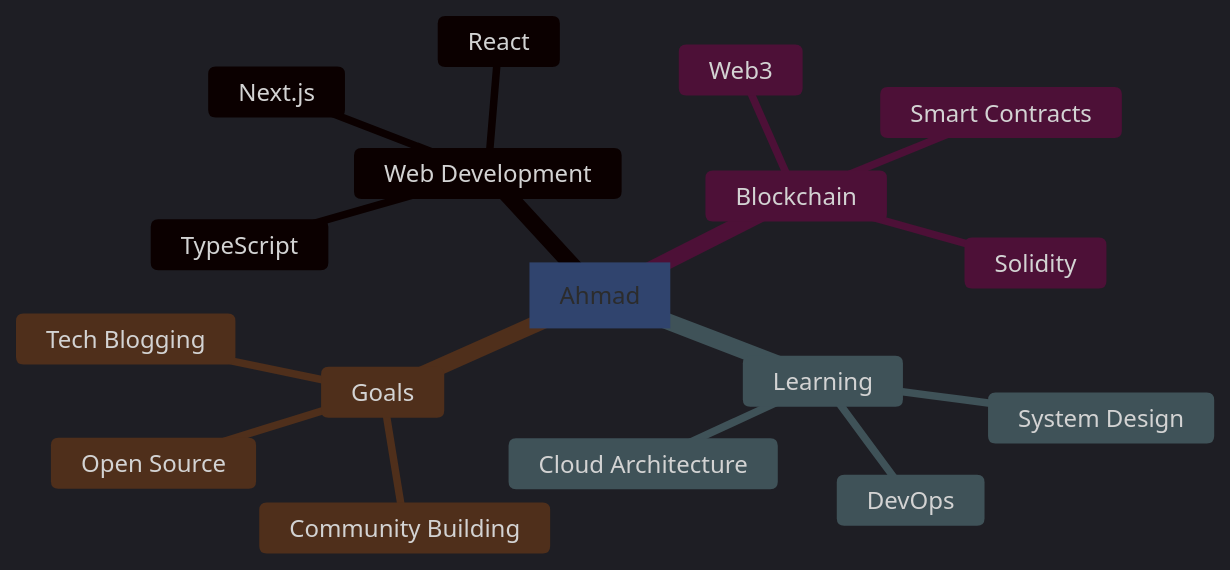
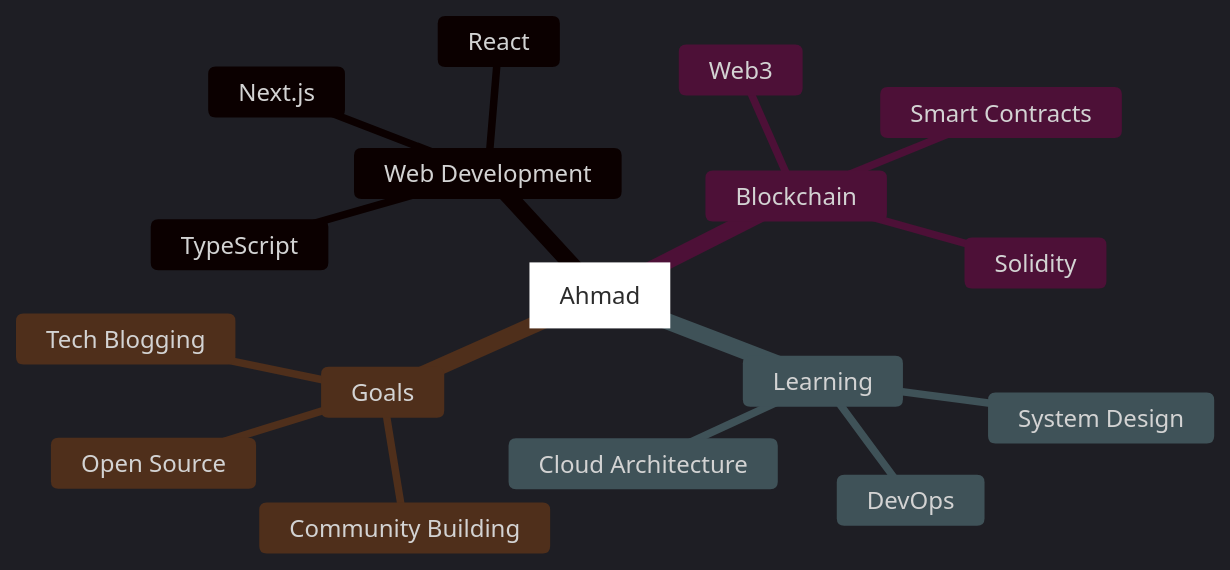
The diagram in README.md (ahmadparizaad/ahmadparizaad), drawn with Mermaid before and after one commit.

````diff
--- a/README.md
+++ b/README.md
@@ -192,36 +192,31 @@
 ```mermaid
 %%{init: {
   "theme": "dark",
   "themeVariables": {
     "background": "#0D1117",
-    "primaryColor": "#1f2937",
-    "primaryTextColor": "#ffffff",
+    "primaryColor": "#94a3b8",
+    "secondaryColor": "#cbd5e1",
+    "tertiaryColor": "#e2e8f0",
     "primaryBorderColor": "#00D9FF",
-    "lineColor": "#00D9FF",
-    "secondaryColor": "#111827",
-    "secondaryTextColor": "#ffffff",
-    "tertiaryColor": "#020617",
-    "tertiaryTextColor": "#ffffff",
-    "nodeTextColor": "#ffffff",
-    "clusterTextColor": "#ffffff"
+    "lineColor": "#00D9FF"
   }
 }}%%
 mindmap
   root[Ahmad]
     Web Development
       Next.js
       React
       TypeScript
     Blockchain
       Solidity
       Smart Contracts
       Web3
     Learning
       System Design
       Cloud Architecture
       DevOps
     Goals
       Open Source
       Tech Blogging
       Community Building
 ```
````
